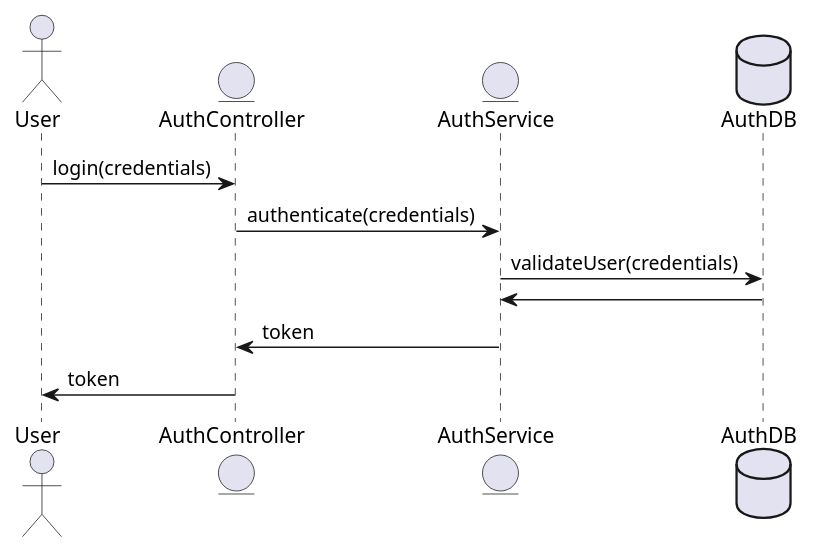
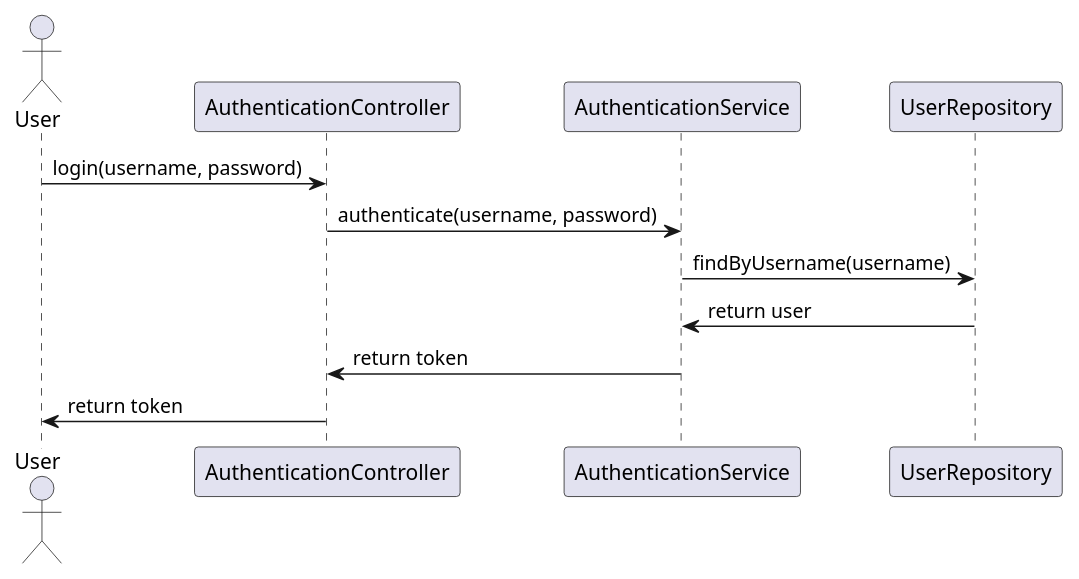
One commit to Dinesh-s95/AutoDoc.ai changed the second of 4 diagrams in enrollment/documentation/detaileddesign.adoc. Above: the diagram before and after it, drawn with PlantUML. The commit also changed other lines of this file and 7 other files, not shown here.

```diff
--- a/enrollment/documentation/detaileddesign.adoc
+++ b/enrollment/documentation/detaileddesign.adoc
@@ -191,16 +200,16 @@
-[plantuml, authentication-flow, png]
+[plantuml, authentication-sequence, png]
 ----
 @startuml
 actor User
-entity AuthController
-entity AuthService
-database AuthDB
+participant "AuthenticationController" as AuthController
+participant "AuthenticationService" as AuthService
+participant "UserRepository" as UserRepo
 
-User -> AuthController : login(credentials)
-AuthController -> AuthService : authenticate(credentials)
-AuthService -> AuthDB : validateUser(credentials)
-AuthDB -> AuthService
-AuthService -> AuthController : token
-AuthController -> User : token
+User -> AuthController : login(username, password)
+AuthController -> AuthService : authenticate(username, password)
+AuthService -> UserRepo : findByUsername(username)
+UserRepo -> AuthService : return user
+AuthService -> AuthController : return token
+AuthController -> User : return token
 @enduml
 ----
```
